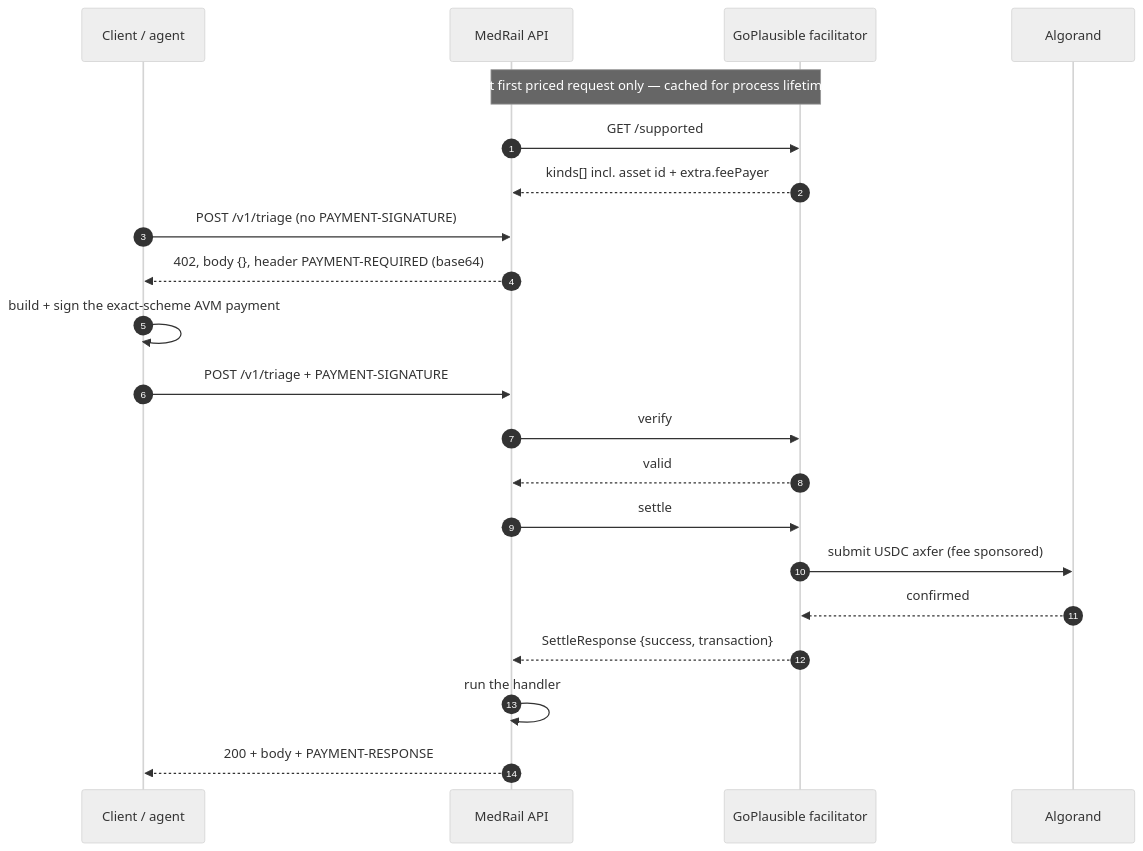
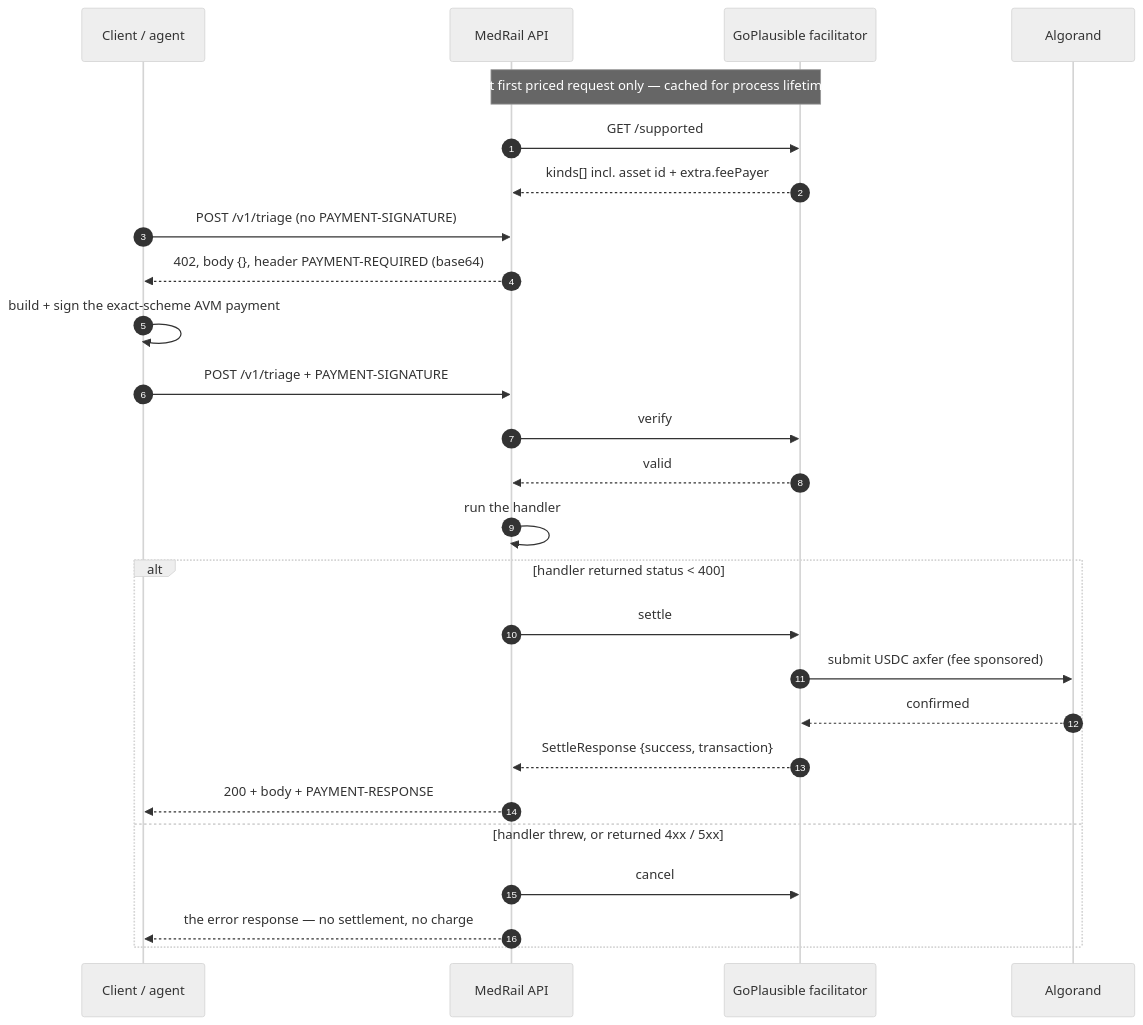
Before and after one commit to Hydra-Of-Malice/Medrail: the diagram in docs/05_API/API_Documentation.md, drawn with Mermaid (neutral theme). The commit also changed other lines of this file and 77 other files, not shown here.

````diff
--- a/docs/05_API/API_Documentation.md
+++ b/docs/05_API/API_Documentation.md
@@ -98,26 +90,31 @@
 ```mermaid
 sequenceDiagram
     autonumber
     participant C as Client / agent
     participant A as MedRail API
     participant F as GoPlausible facilitator
     participant N as Algorand
 
     Note over A,F: at first priced request only — cached for process lifetime
     A->>F: GET /supported
     F-->>A: kinds[] incl. asset id + extra.feePayer
 
     C->>A: POST /v1/triage  (no PAYMENT-SIGNATURE)
     A-->>C: 402, body {}, header PAYMENT-REQUIRED (base64)
 
     C->>C: build + sign the exact-scheme AVM payment
     C->>A: POST /v1/triage  + PAYMENT-SIGNATURE
     A->>F: verify
     F-->>A: valid
-    A->>F: settle
-    F->>N: submit USDC axfer (fee sponsored)
-    N-->>F: confirmed
-    F-->>A: SettleResponse {success, transaction}
     A->>A: run the handler
-    A-->>C: 200 + body + PAYMENT-RESPONSE
+    alt handler returned status < 400
+        A->>F: settle
+        F->>N: submit USDC axfer (fee sponsored)
+        N-->>F: confirmed
+        F-->>A: SettleResponse {success, transaction}
+        A-->>C: 200 + body + PAYMENT-RESPONSE
+    else handler threw, or returned 4xx / 5xx
+        A->>F: cancel
+        A-->>C: the error response — no settlement, no charge
+    end
 ```
````
